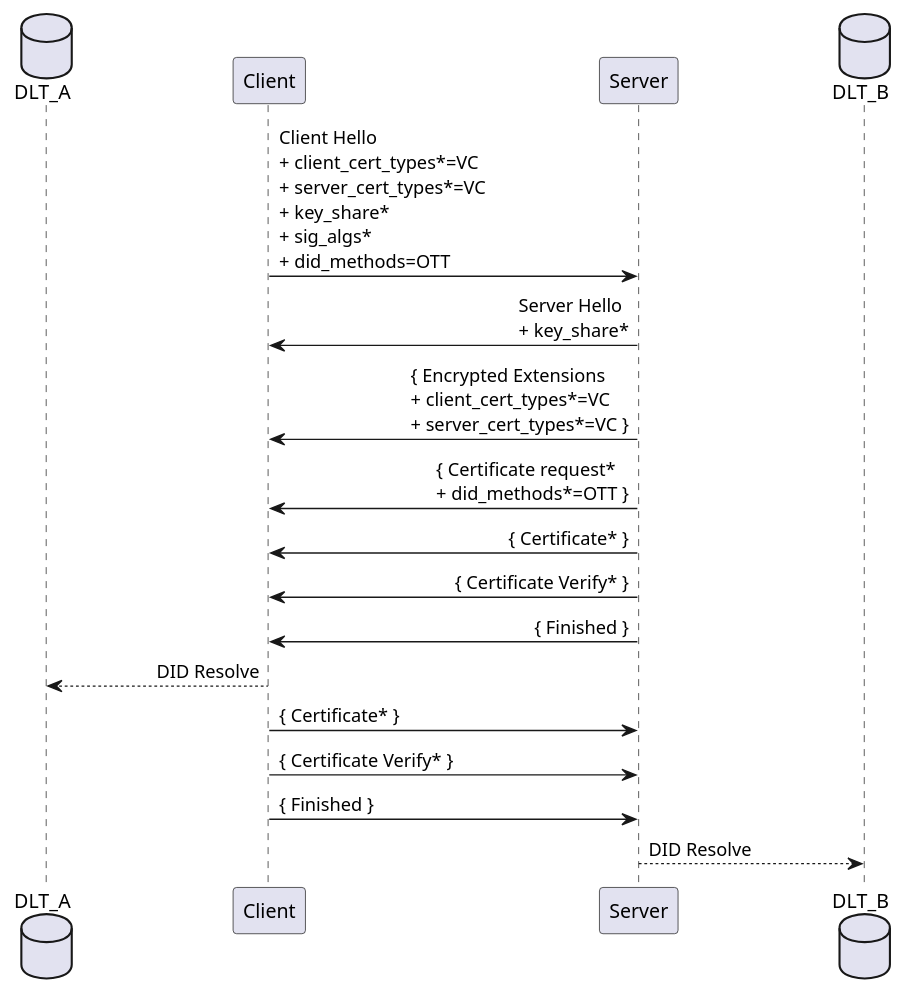
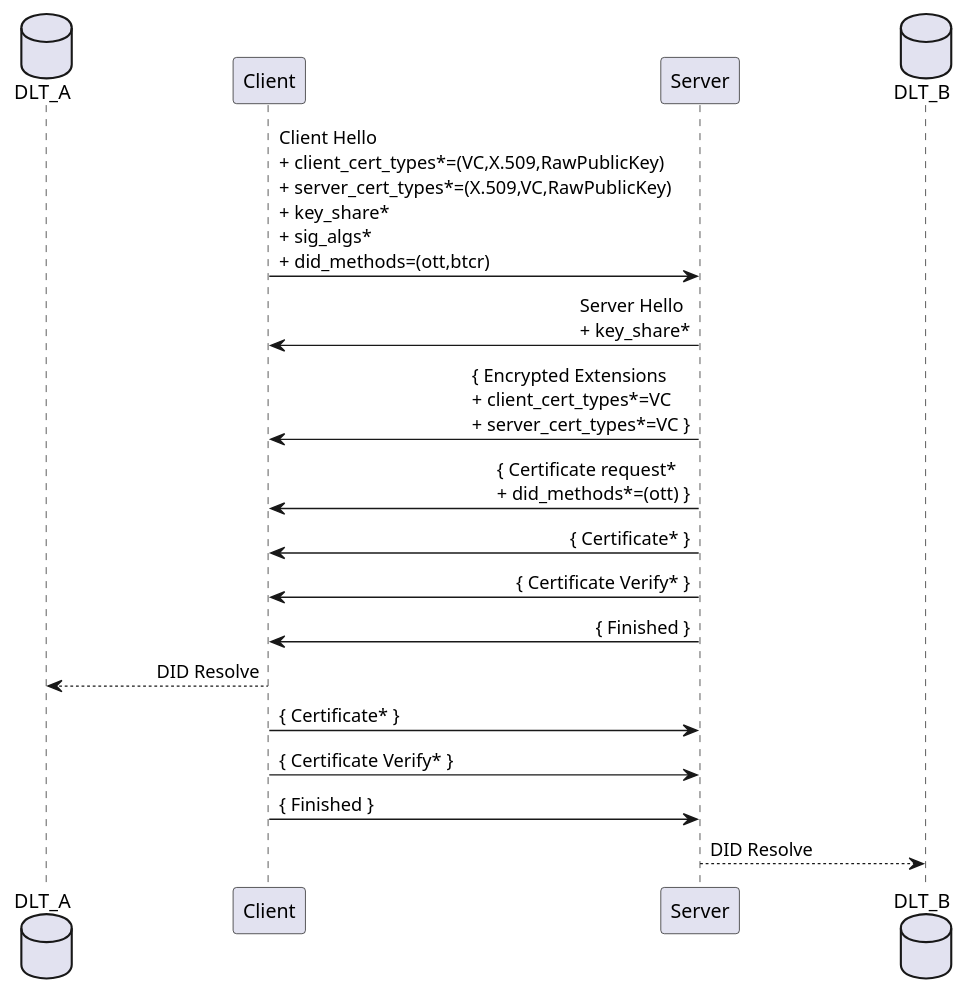
Before and after one commit to thomas-fossati/draft-vesco-vcauthtls: the third of 5 diagrams in draft-vesco-vcauthtls.md, drawn with PlantUML. The commit also changed other lines of this file, not shown here.

```diff
--- a/draft-vesco-vcauthtls.md
+++ b/draft-vesco-vcauthtls.md
@@ -235,23 +234,23 @@
 ~~~plantuml
 @startuml
 database DLT_A order 1
 participant Client order 2
 participant Server order 3
 database DLT_B order 4
 skinparam sequenceMessageAlign direction
 skinparam ParticipantPadding 100
 
-Client -> Server : Client Hello \n+ client_cert_types*=VC \n+ server_cert_types*=VC \n+ key_share* \n+ sig_algs* \n+ did_methods=OTT
+Client -> Server : Client Hello \n+ client_cert_types*=(VC,X.509,RawPublicKey) \n+ server_cert_types*=(X.509,VC,RawPublicKey) \n+ key_share* \n+ sig_algs* \n+ did_methods=(ott,btcr)
 Server -> Client : Server Hello \n+ key_share*
 Server -> Client : { Encrypted Extensions \n+ client_cert_types*=VC \n+ server_cert_types*=VC }
-Server -> Client : { Certificate request* \n+ did_methods*=OTT }
+Server -> Client : { Certificate request* \n+ did_methods*=(ott) }
 Server -> Client : { Certificate* }
 Server -> Client : { Certificate Verify* }
 Server -> Client : { Finished }
 Client --> DLT_A : DID Resolve
 Client -> Server : { Certificate* }
 Client -> Server : { Certificate Verify* }
 Client -> Server : { Finished }
 Server --> DLT_B : DID Resolve
 @enduml
 ~~~
```
